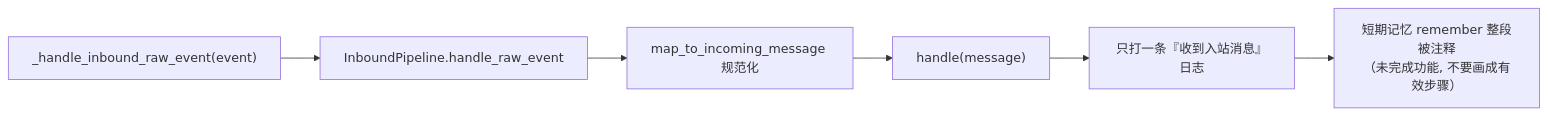
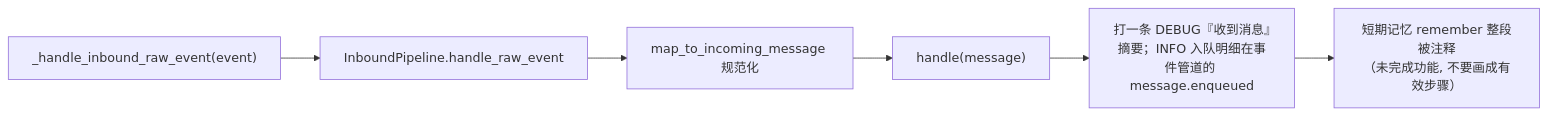
The tenth of 10 diagrams in docs/flow/02-inbound-message.md (SuperQuail/NeoBot), drawn with Mermaid before and after one commit. The commit also changed other lines of this file and 378 other files, not shown here.

````diff
--- a/docs/flow/02-inbound-message.md
+++ b/docs/flow/02-inbound-message.md
@@ -261,8 +268,8 @@
 ```mermaid
 flowchart LR
     A["_handle_inbound_raw_event(event)"] --> B["InboundPipeline.handle_raw_event"]
     B --> C["map_to_incoming_message 规范化"]
     C --> D["handle(message)"]
-    D --> E["只打一条『收到入站消息』日志"]
+    D --> E["打一条 DEBUG『收到消息』摘要；INFO 入队明细在事件管道的 message.enqueued"]
     E --> F["短期记忆 remember 整段被注释<br/>（未完成功能, 不要画成有效步骤）"]
 ```
````
